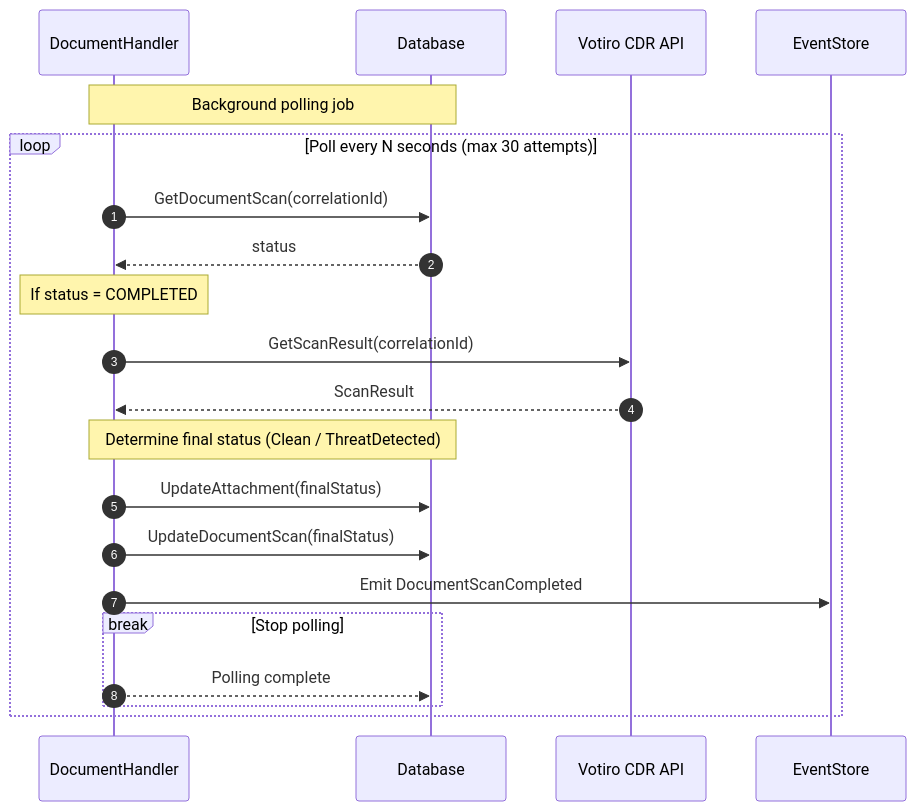
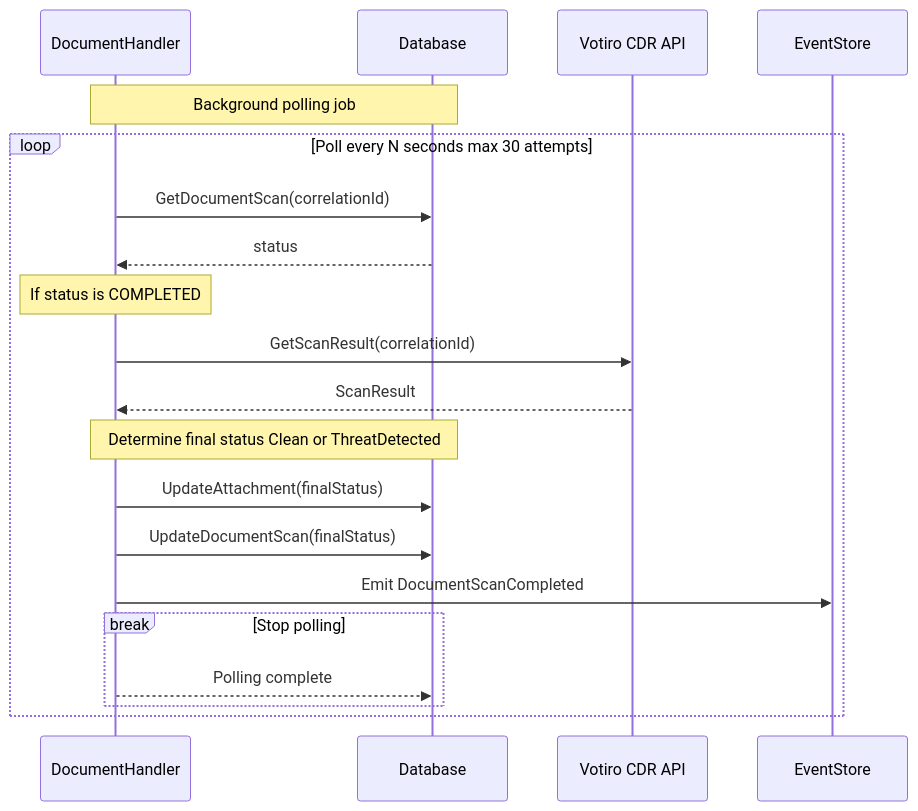
Before and after one commit to arup-ghosh-maersk/cia-lld: the sixth of 7 diagrams in asset-management/diagrams/02_Sequence_Diagrams.md, drawn with Mermaid. The commit also changed other lines of this file, not shown here.

````diff
--- a/asset-management/diagrams/02_Sequence_Diagrams.md
+++ b/asset-management/diagrams/02_Sequence_Diagrams.md
@@ -203,28 +202,27 @@
 ```mermaid
 sequenceDiagram
-    autonumber
     participant DH as DocumentHandler
     participant DB as Database
     participant VOTIRO as Votiro CDR API
     participant ES as EventStore
 
     Note over DH,DB: Background polling job
 
-    loop Poll every N seconds (max 30 attempts)
+    loop Poll every N seconds max 30 attempts
         DH->>DB: GetDocumentScan(correlationId)
         DB-->>DH: status
 
-        Note over DH: If status = COMPLETED
+        Note over DH: If status is COMPLETED
         DH->>VOTIRO: GetScanResult(correlationId)
         VOTIRO-->>DH: ScanResult
 
-        Note over DH,DB: Determine final status (Clean / ThreatDetected)
+        Note over DH,DB: Determine final status Clean or ThreatDetected
         DH->>DB: UpdateAttachment(finalStatus)
         DH->>DB: UpdateDocumentScan(finalStatus)
 
         DH->>ES: Emit DocumentScanCompleted
         break Stop polling
             DH-->>DB: Polling complete
         end
     end
 ```
````
